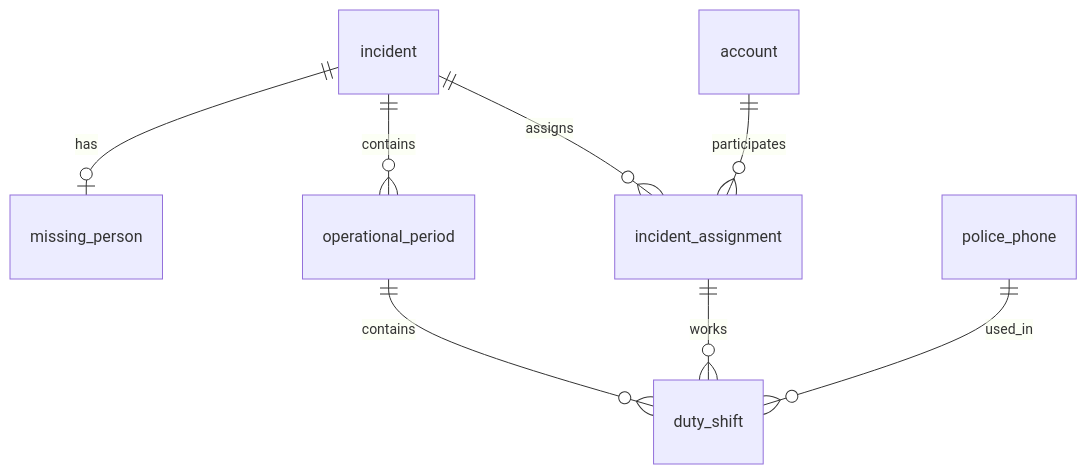
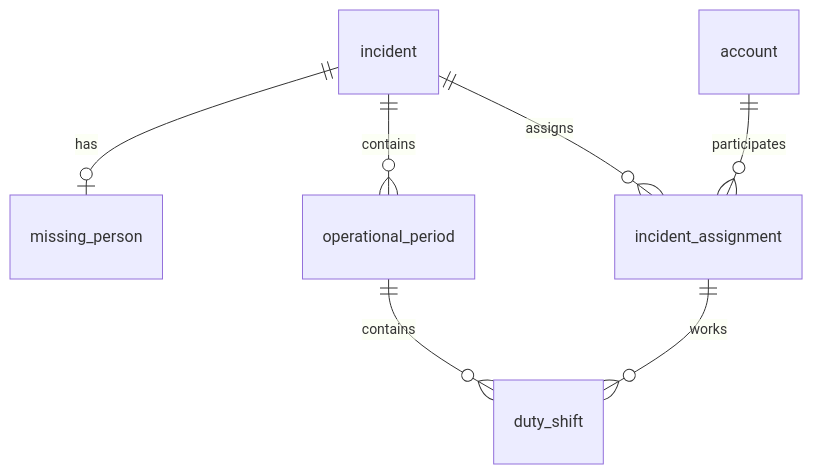
The first of 3 diagrams in docs/db-design/db-design-erd.md (sonic8-8/suri-map), drawn with Mermaid before and after one commit. The commit also changed other lines of this file and 85 other files, not shown here.

````diff
--- a/docs/db-design/db-design-erd.md
+++ b/docs/db-design/db-design-erd.md
@@ -11,11 +11,10 @@
 ```mermaid
 erDiagram
     incident ||--o| missing_person : has
     incident ||--o{ incident_assignment : assigns
     account ||--o{ incident_assignment : participates
     incident ||--o{ operational_period : contains
 
     operational_period ||--o{ duty_shift : contains
     incident_assignment ||--o{ duty_shift : works
-    police_phone ||--o{ duty_shift : used_in
 ```
````
